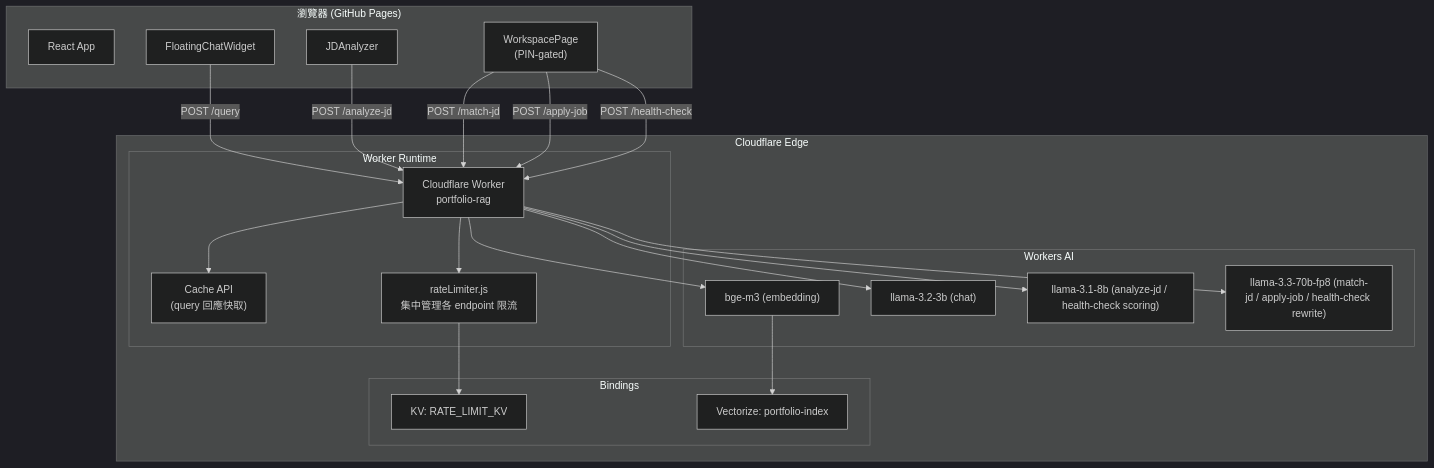
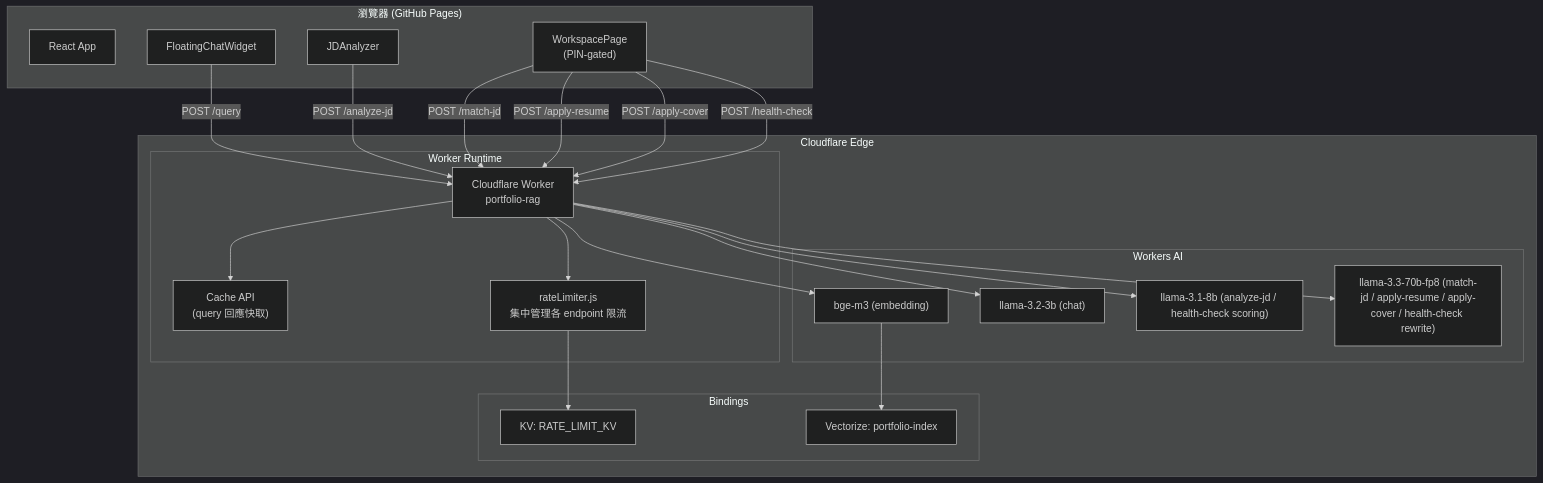
Before and after one commit to a920604a/self-reusme-website: the first of 5 diagrams in docs/architecture.md, drawn with Mermaid (dark theme). The commit also changed other lines of this file and 2 other files, not shown here.

````diff
--- a/docs/architecture.md
+++ b/docs/architecture.md
@@ -9,40 +9,41 @@
 ```mermaid
 graph TB
     subgraph Browser["瀏覽器 (GitHub Pages)"]
         UI["React App"]
         Widget["FloatingChatWidget"]
         JDA["JDAnalyzer"]
         WS["WorkspacePage\n(PIN-gated)"]
     end
 
     subgraph CF["Cloudflare Edge"]
         subgraph Runtime["Worker Runtime"]
             Worker["Cloudflare Worker\nportfolio-rag"]
             Cache["Cache API\n(query 回應快取)"]
             RL["rateLimiter.js\n集中管理各 endpoint 限流"]
         end
 
         subgraph Bindings["Bindings"]
             KV["KV: RATE_LIMIT_KV"]
             VZ["Vectorize: portfolio-index"]
         end
 
         subgraph AIService["Workers AI"]
             Embed["bge-m3 (embedding)"]
             LLM_S["llama-3.2-3b (chat)"]
             LLM_M["llama-3.1-8b (analyze-jd / health-check scoring)"]
-            LLM_L["llama-3.3-70b-fp8 (match-jd / apply-job / health-check rewrite)"]
+            LLM_L["llama-3.3-70b-fp8 (match-jd / apply-resume / apply-cover / health-check rewrite)"]
         end
     end
 
     Widget -->|POST /query| Worker
     JDA -->|POST /analyze-jd| Worker
     WS -->|POST /match-jd| Worker
-    WS -->|POST /apply-job| Worker
+    WS -->|POST /apply-resume| Worker
+    WS -->|POST /apply-cover| Worker
     WS -->|POST /health-check| Worker
 
     Worker --> RL --> KV
     Worker --> Embed --> VZ
     Worker --> LLM_S & LLM_M & LLM_L
     Worker --> Cache
 ```
````
